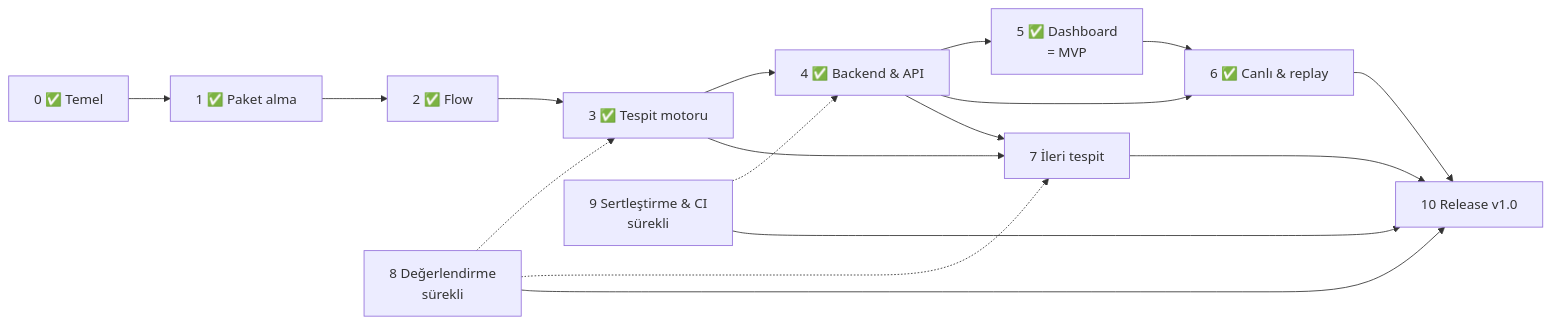
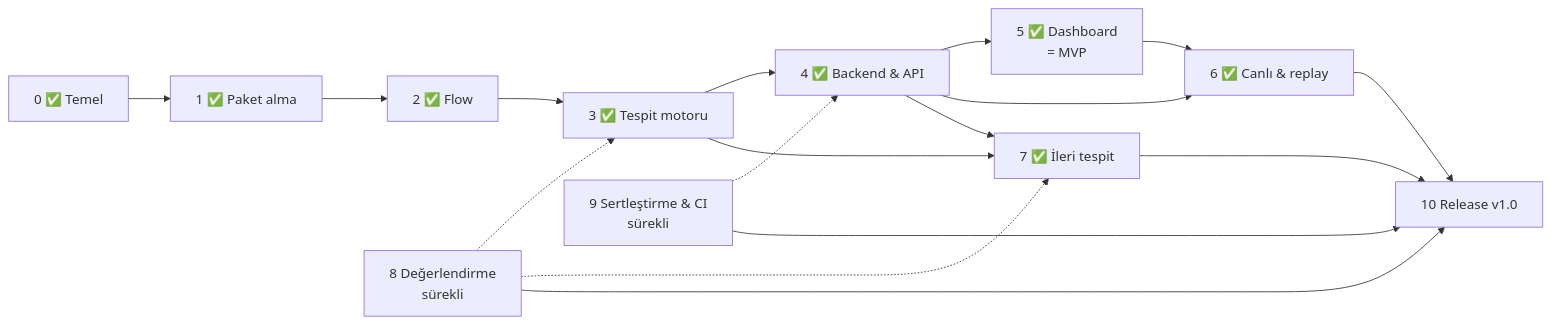
One commit to furkan-akkaya/NetGuard changed the diagram in ROADMAP.md. Above: the diagram before and after it, drawn with Mermaid. The commit also changed other lines of this file and 14 other files, not shown here.

````diff
--- a/ROADMAP.md
+++ b/ROADMAP.md
@@ -72,19 +71,19 @@
 ```mermaid
 flowchart LR
     F0[0 ✅ Temel] --> F1[1 ✅ Paket alma]
     F1 --> F2[2 ✅ Flow]
     F2 --> F3[3 ✅ Tespit motoru]
     F3 --> F4[4 ✅ Backend & API]
     F4 --> F5[5 ✅ Dashboard<br/>= MVP]
     F4 --> F6[6 ✅ Canlı & replay]
     F5 --> F6
-    F3 --> F7[7 İleri tespit]
+    F3 --> F7[7 ✅ İleri tespit]
     F4 --> F7
     F8[8 Değerlendirme<br/>sürekli] -.-> F3
     F8 -.-> F7
     F9[9 Sertleştirme & CI<br/>sürekli] -.-> F4
     F6 --> F10[10 Release v1.0]
     F7 --> F10
     F8 --> F10
     F9 --> F10
 ```
````
